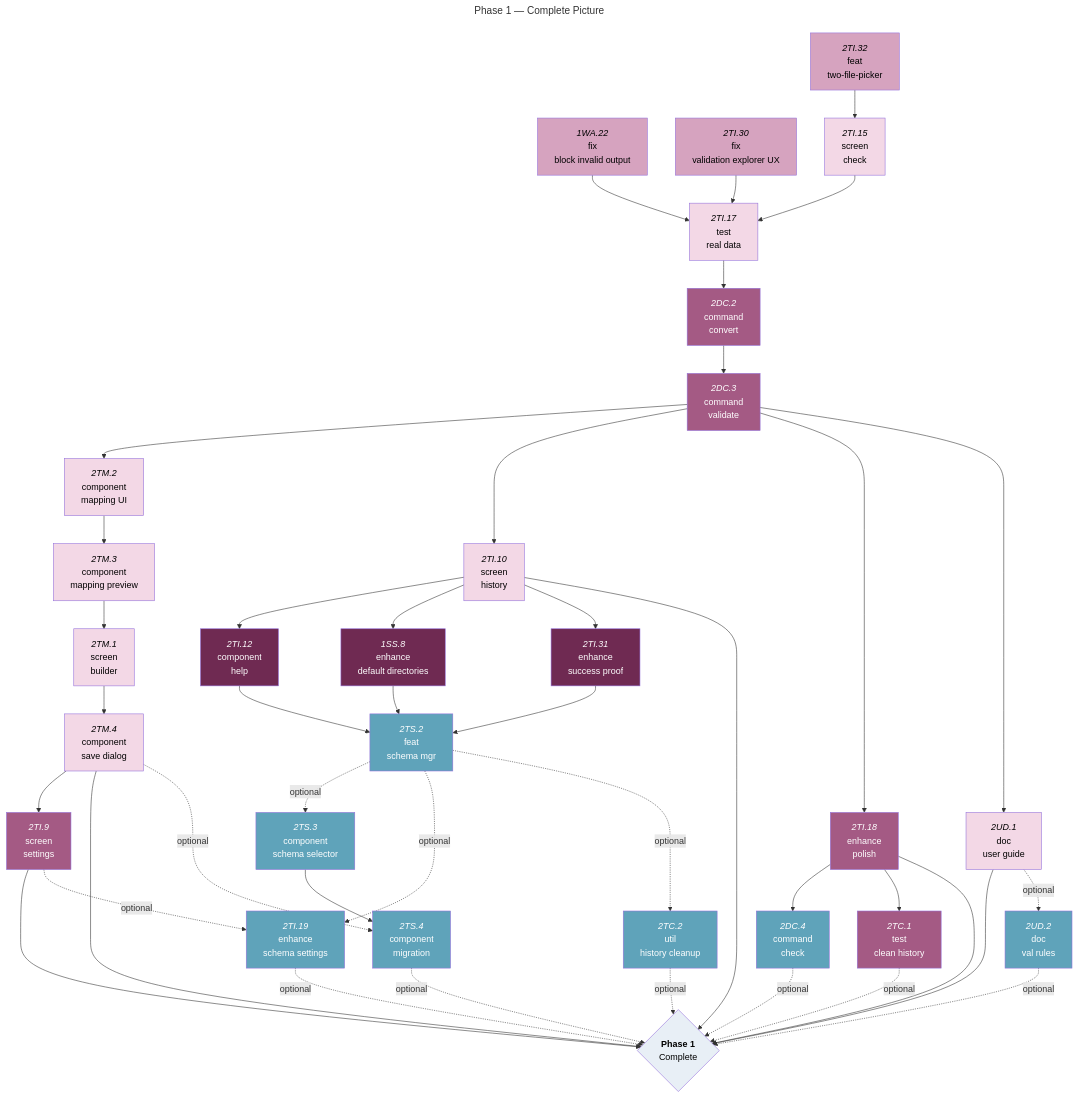
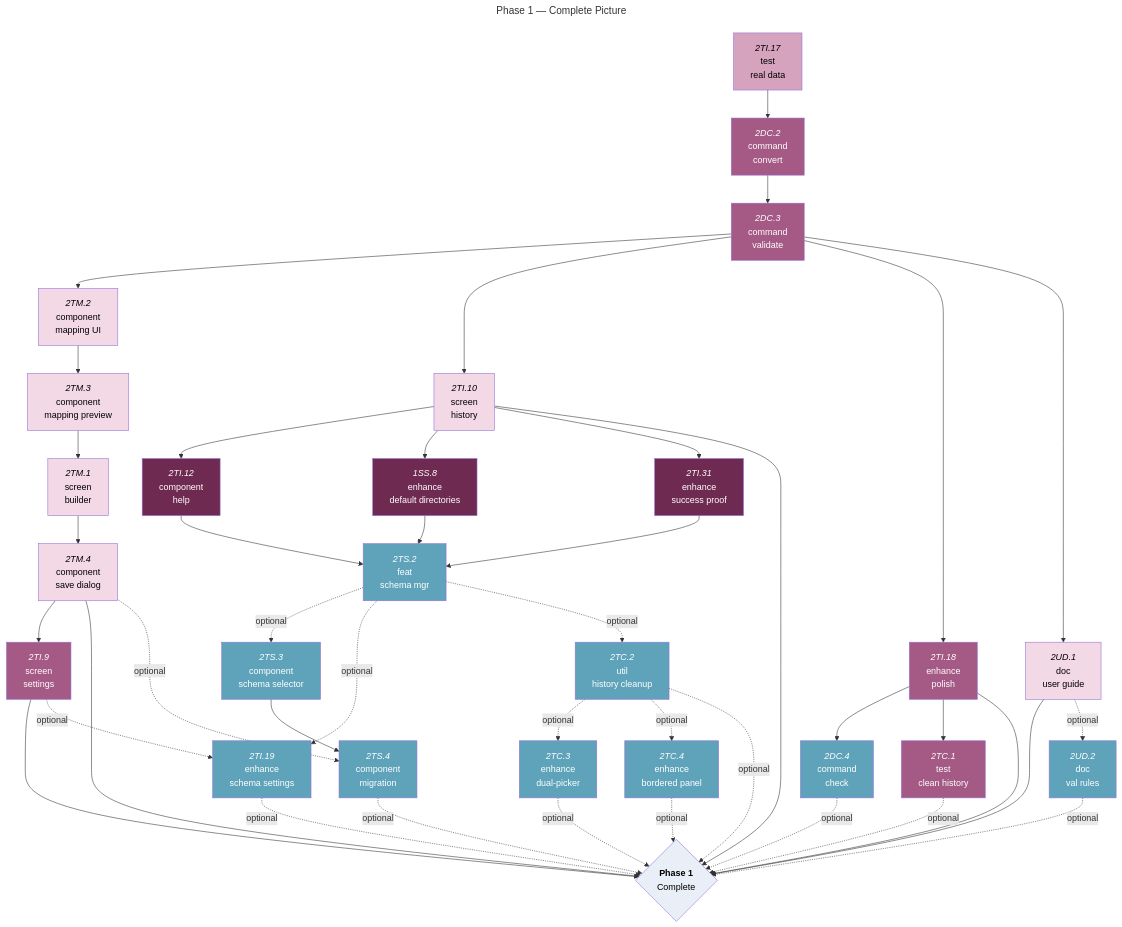
One commit to foundersandcoders/iris changed the fifth of 5 diagrams in docs/roadmaps/phase-1-mvp-features.md. Above: the diagram before and after it, drawn with Mermaid. The commit also changed other lines of this file, not shown here.

Commit message:
docs: update roadmap

````diff
--- a/docs/roadmaps/phase-1-mvp-features.md
+++ b/docs/roadmaps/phase-1-mvp-features.md
@@ -332,76 +330,73 @@
 ```mermaid
 ---
 title: Phase 1 — Complete Picture
 ---
 graph TD
 
 %% M2A Open — bugs/fixes before real-data testing %%
-1WA.22["`*1WA.22*<br/>fix<br/>block invalid output`"]:::must-open
-2TI.30["`*2TI.30*<br/>fix<br/>validation explorer UX`"]:::must-open
-2TI.32["`*2TI.32*<br/>feat<br/>two-file-picker`"]:::must-open
-2TI.15["`*2TI.15*<br/>screen<br/>check`"]:::must-blocked
 2TI.12["`*2TI.12*<br/>component<br/>help`"]:::should-open
 1SS.8["`*1SS.8*<br/>enhance<br/>default directories`"]:::should-open
 2TI.31["`*2TI.31*<br/>enhance<br/>success proof`"]:::should-open
-2TI.17["`*2TI.17*<br/>test<br/>real data`"]:::must-blocked
+2TI.17["`*2TI.17*<br/>test<br/>real data`"]:::must-open
 
 %% M2B Tasks %%
 2DC.2["`*2DC.2*<br/>command<br/>convert`"]:::should-blocked
 2DC.3["`*2DC.3*<br/>command<br/>validate`"]:::should-blocked
 2DC.4["`*2DC.4*<br/>command<br/>check`"]:::could-blocked
 
 %% M2C Tasks %%
 2TM.2["`*2TM.2*<br/>component<br/>mapping UI`"]:::must-blocked
 2TM.3["`*2TM.3*<br/>component<br/>mapping preview`"]:::must-blocked
 2TM.1["`*2TM.1*<br/>screen<br/>builder`"]:::must-blocked
 2TM.4["`*2TM.4*<br/>component<br/>save dialog`"]:::must-blocked
 2TI.9["`*2TI.9*<br/>screen<br/>settings`"]:::should-blocked
 2TS.2["`*2TS.2*<br/>feat<br/>schema mgr`"]:::could-blocked
 2TS.3["`*2TS.3*<br/>component<br/>schema selector`"]:::could-blocked
 2TS.4["`*2TS.4*<br/>component</br>migration`"]:::could-blocked
 2TI.19["`*2TI.19*<br/>enhance<br/>schema settings`"]:::could-blocked
 2TI.10["`*2TI.10*<br/>screen<br/>history`"]:::must-blocked
 2TI.18["`*2TI.18*<br/>enhance<br/>polish`"]:::should-blocked
 2TC.1["`*2TC.1*<br/>test<br/>clean history`"]:::should-blocked
 2UD.1["`*2UD.1*<br/>doc<br/>user guide`"]:::must-blocked
 2UD.2["`*2UD.2*<br/>doc<br/>val rules`"]:::could-blocked
 2TC.2["`*2TC.2*<br/>util<br/>history cleanup`"]:::could-blocked
+2TC.3["`*2TC.3*<br/>enhance<br/>dual-picker`"]:::could-blocked
+2TC.4["`*2TC.4*<br/>enhance<br/>bordered panel`"]:::could-blocked
 
 %% Milestone nodes %%
 phase1{"`**Phase 1**<br/>Complete`"}:::mile
 
 %% M2A Dependencies %%
-2TI.32 --> 2TI.15
-1WA.22 & 2TI.30 & 2TI.15 --> 2TI.17
 
 %% M2B Dependencies %%
 2TI.17 --> 2DC.2
 2DC.2 --> 2DC.3
 2DC.3 --> 2TM.2 & 2TI.10 & 2TI.18 & 2UD.1
 
 %% M2C Dependencies %%
 2TM.2 --> 2TM.3
 2TM.3 --> 2TM.1
 2TM.1 --> 2TM.4
 2TM.4 --> 2TI.9
 2TI.10 --> 2TI.12 & 1SS.8 & 2TI.31
 2TI.12 & 1SS.8 & 2TI.31 --> 2TS.2
 2TI.18 --> 2DC.4 & 2TC.1
 2TS.3 --> 2TS.4
 2TI.9 & 2TI.10 & 2TI.18 & 2UD.1 & 2TM.4 --> phase1
 
 %% OPTIONAL %%
 2UD.1 -.->|optional| 2UD.2
 2TI.9 -.->|optional| 2TI.19
 2TM.4 -.->|optional| 2TS.4
 2TS.2 -.->|optional| 2TS.3 & 2TI.19 & 2TC.2
-2DC.4 & 2TI.19 & 2TS.4 & 2UD.2 & 2TC.1 & 2TC.2 -.->|optional| phase1
+2TC.2 -.->|optional| 2TC.3 & 2TC.4
+2DC.4 & 2TI.19 & 2TS.4 & 2UD.2 & 2TC.1 & 2TC.2 & 2TC.3 & 2TC.4 -.->|optional| phase1
 
 classDef must-open fill:#D6A3BF,color:#000;
 classDef must-blocked fill:#F3D8E6,color:#000;
 classDef should-open fill:#6F2A52,color:#fff;
 classDef should-blocked fill:#A45A84,color:#fff;
 classDef could-open fill:#3E7F96,color:#fff;
 classDef could-blocked fill:#5FA3BA,color:#fff;
 classDef mile fill:#E8EFF6,color:#000;
 ```
````
